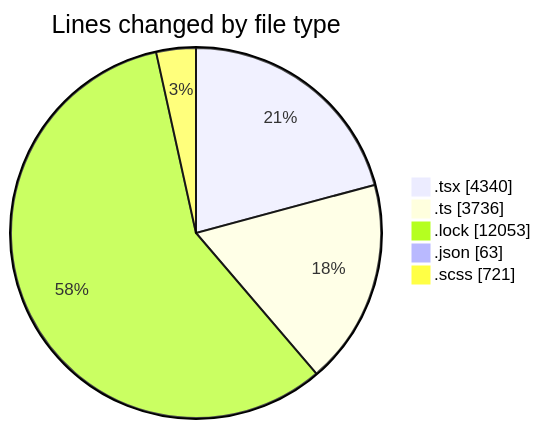
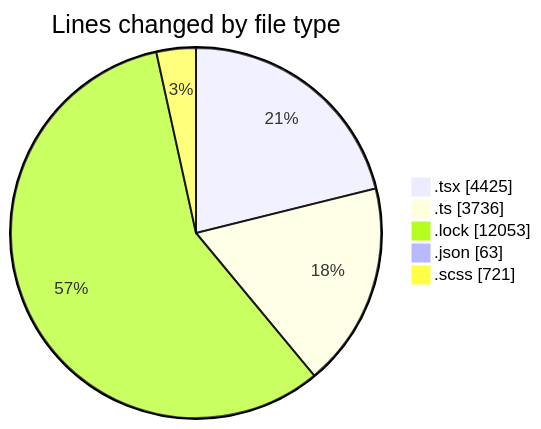
The first of 2 diagrams in 2025-12-03/cda/README.md (momahboobian/code-tracking), drawn with Mermaid before and after one commit. The commit also changed other lines of this file and 1 other file, not shown here.

````diff
--- a/2025-12-03/cda/README.md
+++ b/2025-12-03/cda/README.md
@@ -32,9 +32,9 @@
 ```mermaid
 pie showData
 title Lines changed by file type
-".tsx" : 4340
+".tsx" : 4425
 ".ts" : 3736
 ".lock" : 12053
 ".json" : 63
 ".scss" : 721
 ```
````
